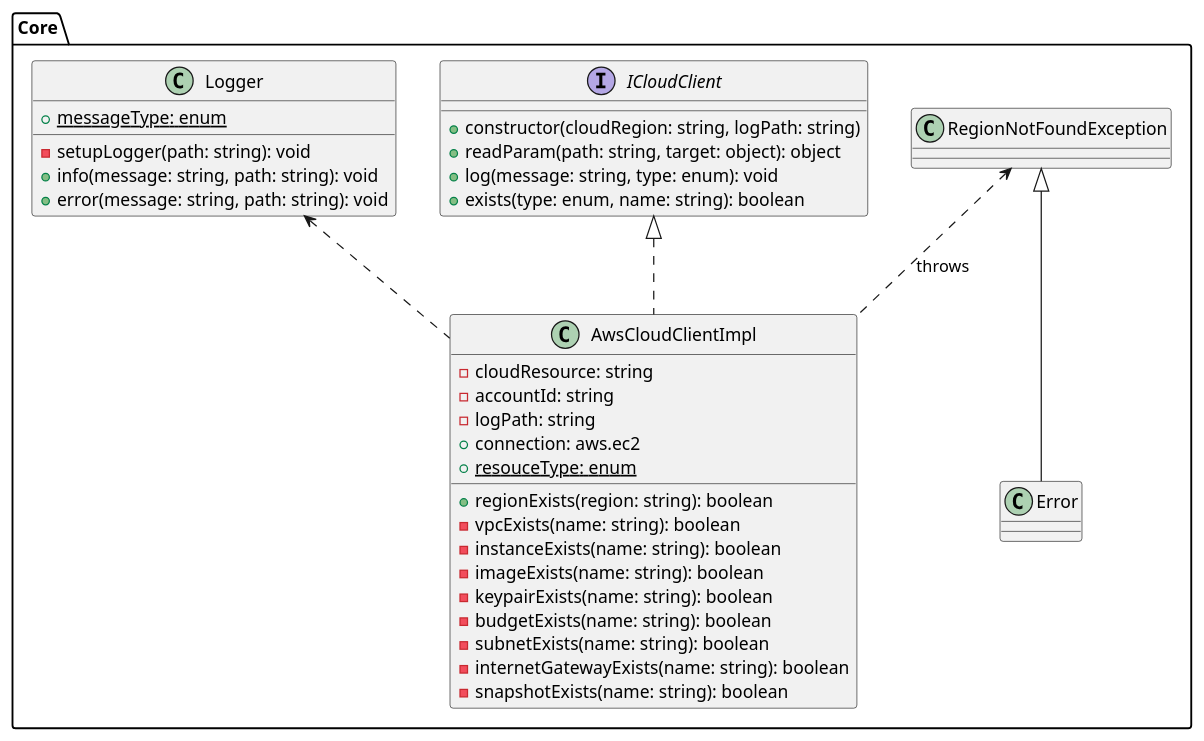
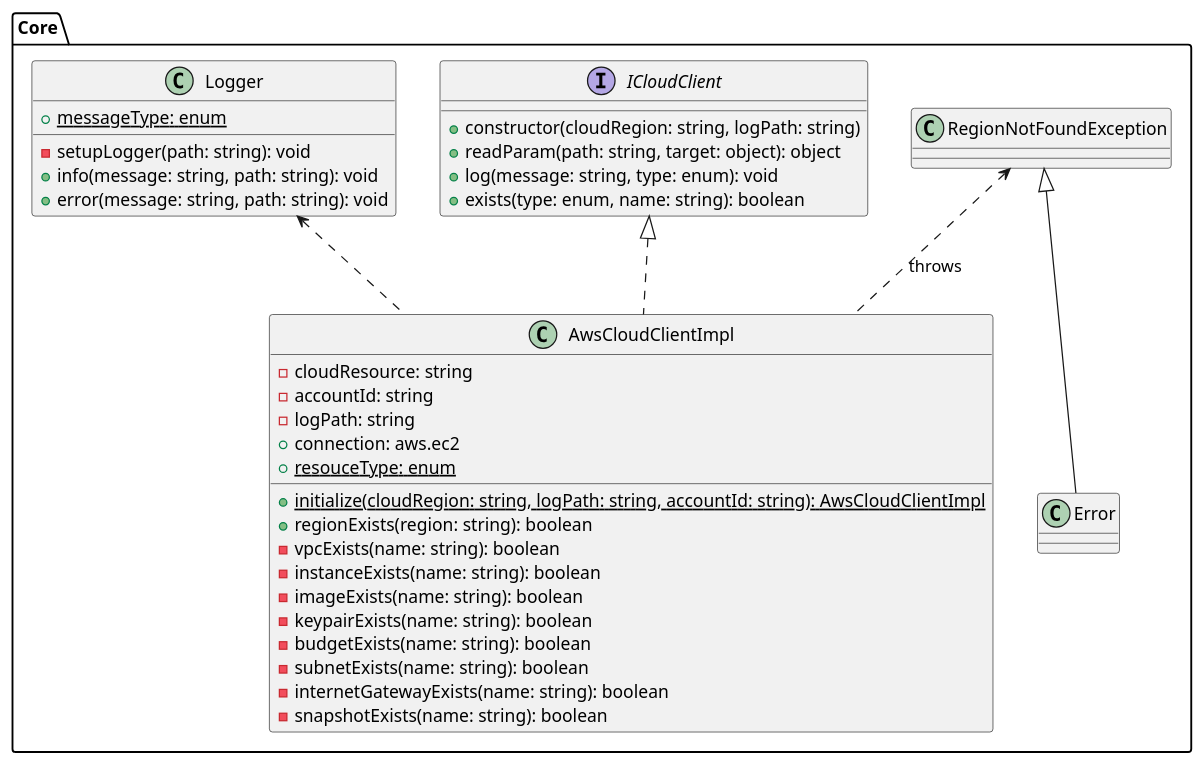
One commit to Thynkon/VIR1-CORE changed the diagram in doc/class_diagram/diagram.puml. Above: the diagram before and after it, drawn with PlantUML. The commit also changed 2 other files, not shown here.

Commit message:
Add initialize method to class diagram

```diff
--- a/doc/class_diagram/diagram.puml
+++ b/doc/class_diagram/diagram.puml
@@ -1,50 +1,51 @@
 @startuml
 'https://plantuml.com/class-diagram
 
 package "Core"{
 
     'classes and interfaces
     interface ICloudClient{
         +constructor(cloudRegion: string, logPath: string)
         +readParam(path: string, target: object): object
         +log(message: string, type: enum): void
         +exists(type: enum, name: string): boolean
     }
 
     class AwsCloudClientImpl {
         -cloudResource: string
         -accountId: string
         -logPath: string
         +connection: aws.ec2
         {static} +resouceType: enum
 
+        {static} +initialize(cloudRegion: string, logPath: string, accountId: string): AwsCloudClientImpl
         +regionExists(region: string): boolean
         -vpcExists(name: string): boolean
         -instanceExists(name: string): boolean
         -imageExists(name: string): boolean
         -keypairExists(name: string): boolean
         -budgetExists(name: string): boolean
         -subnetExists(name: string): boolean
         -internetGatewayExists(name: string): boolean
         -snapshotExists(name: string): boolean
     }
 
     class Error
     class RegionNotFoundException
 
     class Logger {
         {static} +messageType: enum
 
         -setupLogger(path: string): void
         +info(message: string, path: string): void
         +error(message: string, path: string): void
     }
 
     'relations
     ICloudClient <|.. AwsCloudClientImpl
     Logger <.. AwsCloudClientImpl
     RegionNotFoundException <.. AwsCloudClientImpl: throws
     RegionNotFoundException <|-- Error
 }
 
 @enduml
```
